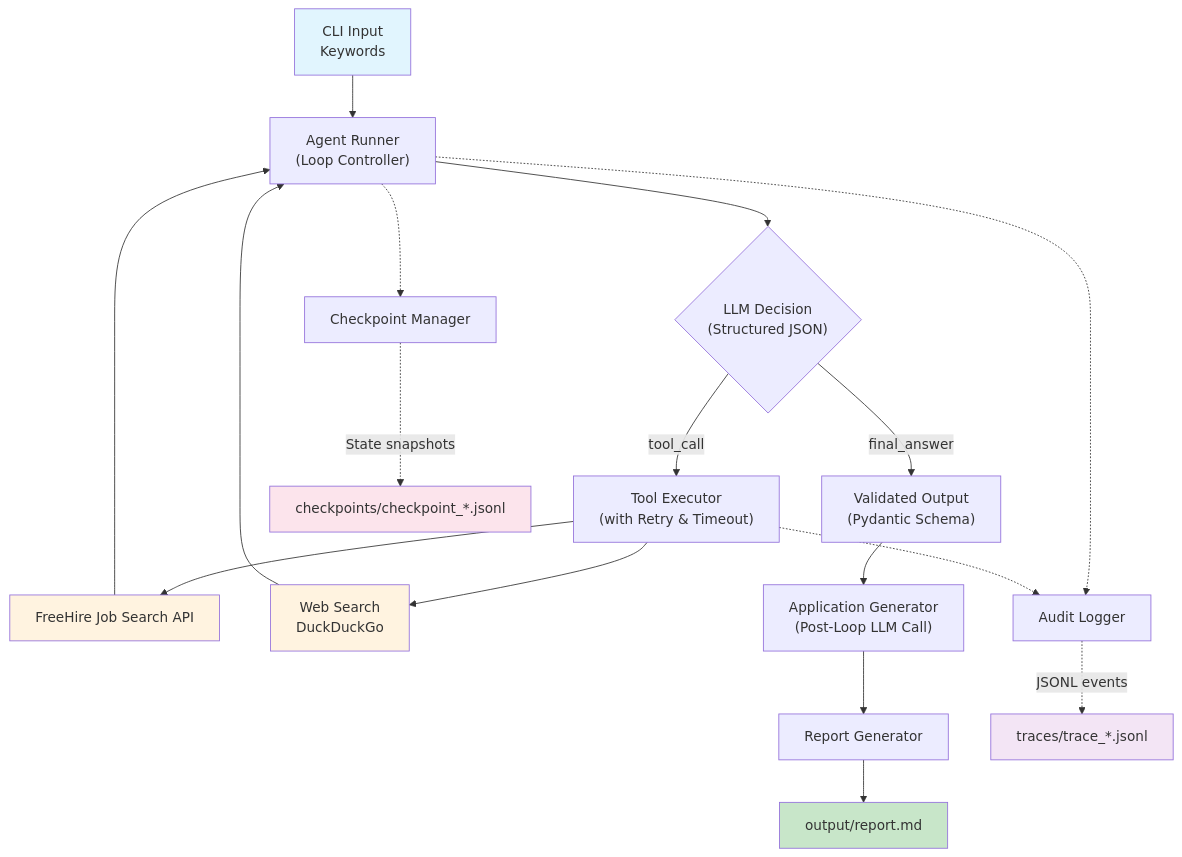
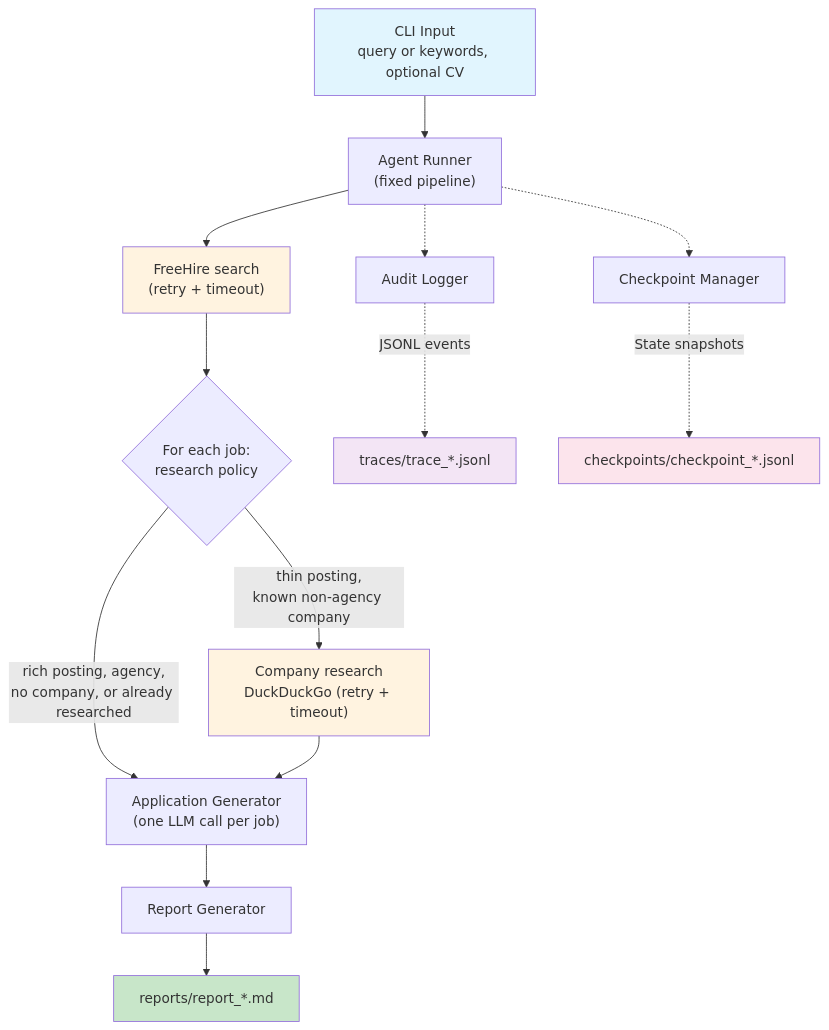
The diagram in README.md (mateador/job-hunter-agent), drawn with Mermaid before and after one commit. The commit also changed other lines of this file and 27 other files, not shown here.

````diff
--- a/README.md
+++ b/README.md
@@ -27,28 +27,24 @@
 ```mermaid
 graph TD
-    A["CLI Input<br/>Keywords"] --> B["Agent Runner<br/>(Loop Controller)"]
-    B --> C{"LLM Decision<br/>(Structured JSON)"}
-    C -->|"tool_call"| D["Tool Executor<br/>(with Retry & Timeout)"]
-    C -->|"final_answer"| E["Validated Output<br/>(Pydantic Schema)"]
-    D --> F["FreeHire Job Search API"]
-    D --> G["Web Search<br/>DuckDuckGo"]
-    F --> B
-    G --> B
-    E --> H["Application Generator<br/>(Post-Loop LLM Call)"]
+    A["CLI Input<br/>query or keywords, optional CV"] --> B["Agent Runner<br/>(fixed pipeline)"]
+    B --> F["FreeHire search<br/>(retry + timeout)"]
+    F --> P{"For each job:<br/>research policy"}
+    P -->|"thin posting,<br/>known non-agency company"| G["Company research<br/>DuckDuckGo (retry + timeout)"]
+    P -->|"rich posting, agency,<br/>no company, or already researched"| H
+    G --> H["Application Generator<br/>(one LLM call per job)"]
     H --> I["Report Generator"]
-    I --> J["output/report.md"]
+    I --> J["reports/report_*.md"]
 
     K["Audit Logger"] -.->|"JSONL events"| L["traces/trace_*.jsonl"]
     M["Checkpoint Manager"] -.->|"State snapshots"| N["checkpoints/checkpoint_*.jsonl"]
-    
+
     B -.-> K
     B -.-> M
-    D -.-> K
 
     style A fill:#e1f5fe
     style J fill:#c8e6c9
     style F fill:#fff3e0
     style G fill:#fff3e0
     style L fill:#f3e5f5
     style N fill:#fce4ec
 ```
````
